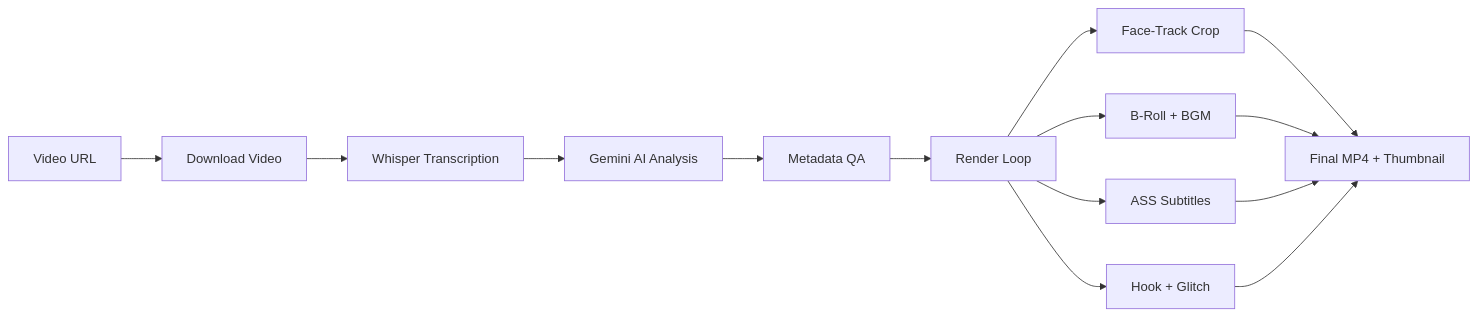
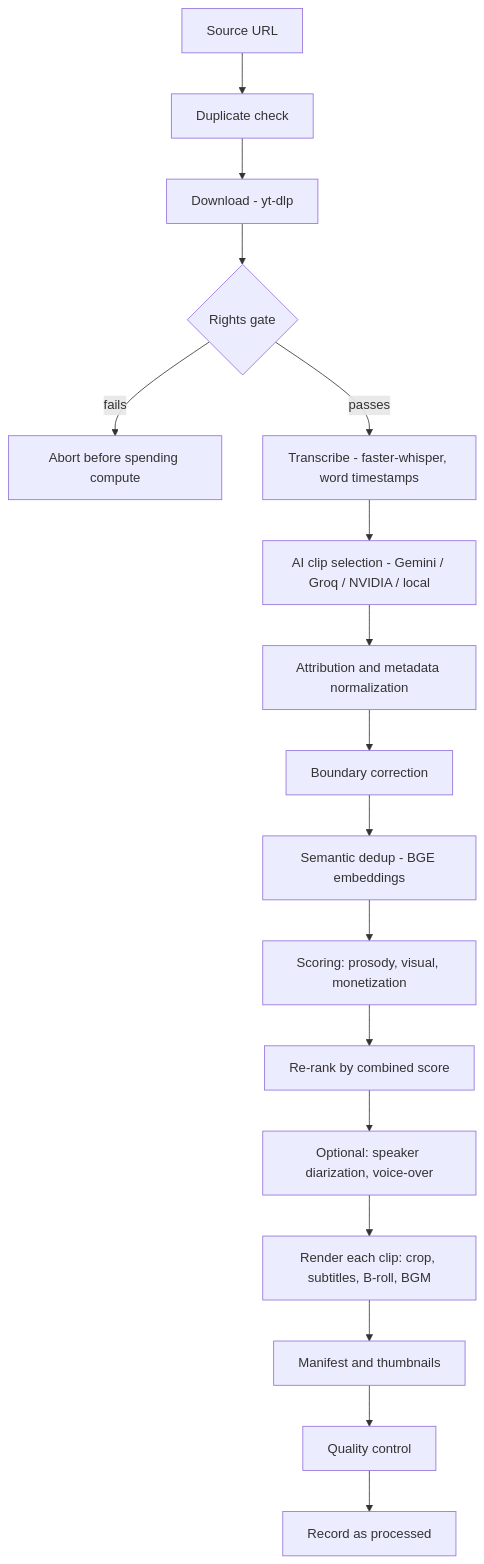
Before and after one commit to rishaan1402/opensource-clipping-autopilot: the diagram in README.md, drawn with Mermaid. The commit also changed other lines of this file and 1 other file, not shown here.

First line of the commit message:
Rewrite README from scratch and fix a stale scoring test

````diff
--- a/README.md
+++ b/README.md
@@ -626,13 +467,19 @@
 ```mermaid
-graph LR
-    A[Video URL] --> B[Download Video]
-    B --> C[Whisper Transcription]
-    C --> D[Gemini AI Analysis]
-    D --> E[Metadata QA]
-    E --> F[Render Loop]
-    F --> G[Face-Track Crop]
-    F --> H[B-Roll + BGM]
-    F --> I[ASS Subtitles]
-    F --> J[Hook + Glitch]
-    G & H & I & J --> K[Final MP4 + Thumbnail]
+flowchart TD
+    A[Source URL] --> B[Duplicate check]
+    B --> C[Download - yt-dlp]
+    C --> D{Rights gate}
+    D -- fails --> X[Abort before spending compute]
+    D -- passes --> E[Transcribe - faster-whisper, word timestamps]
+    E --> F[AI clip selection - Gemini / Groq / NVIDIA / local]
+    F --> G[Attribution and metadata normalization]
+    G --> H[Boundary correction]
+    H --> I[Semantic dedup - BGE embeddings]
+    I --> J[Scoring: prosody, visual, monetization]
+    J --> K[Re-rank by combined score]
+    K --> L[Optional: speaker diarization, voice-over]
+    L --> M[Render each clip: crop, subtitles, B-roll, BGM]
+    M --> N[Manifest and thumbnails]
+    N --> O[Quality control]
+    O --> P[Record as processed]
 ```
````
